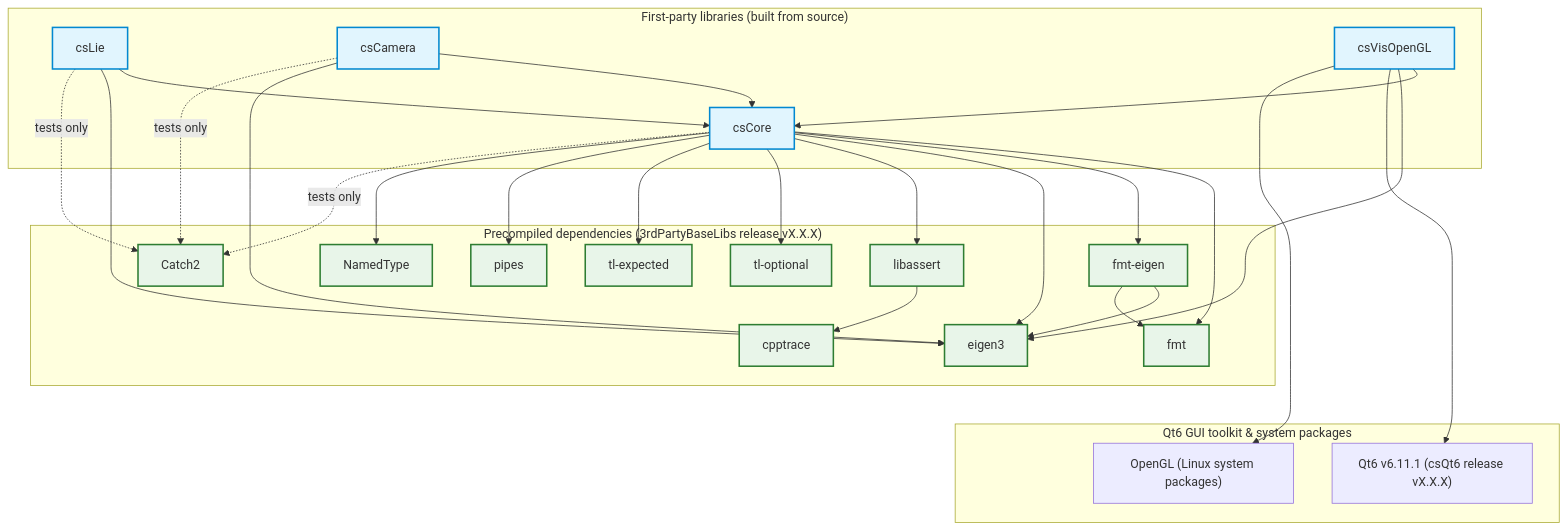
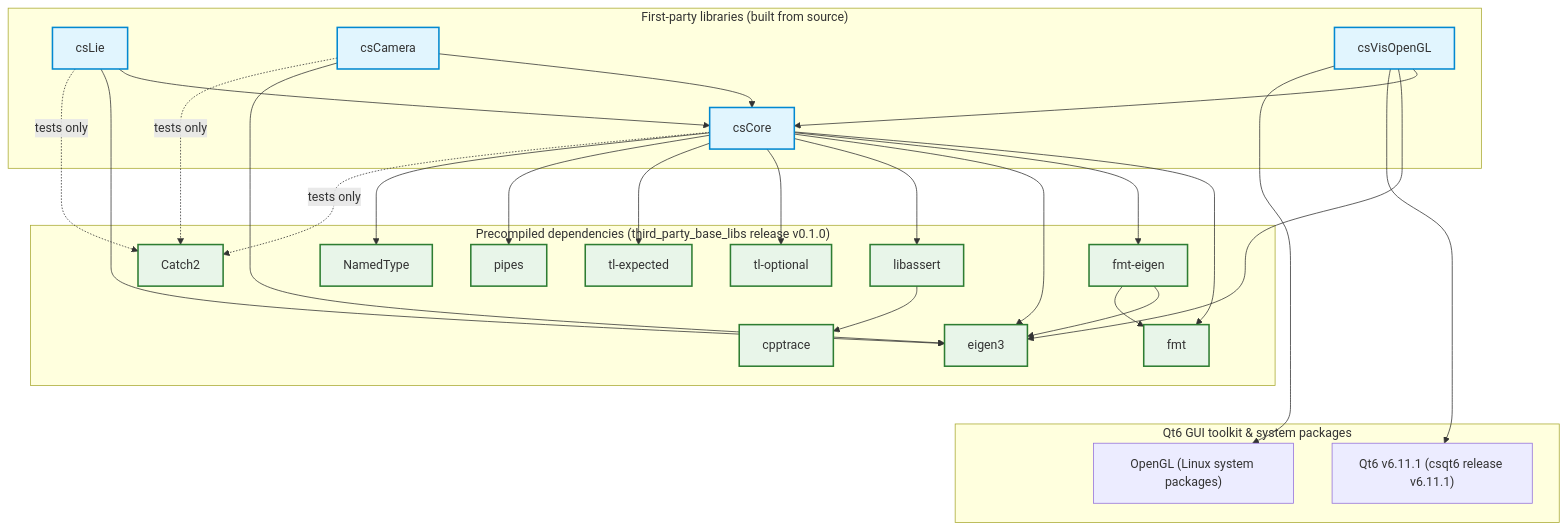
The diagram in README.md (cscosine/csBaseLibs), drawn with Mermaid before and after one commit. The commit also changed other lines of this file and 22 other files, not shown here.

````diff
--- a/README.md
+++ b/README.md
@@ -149,71 +150,71 @@
 ```mermaid
 %%{init: {"flowchart": {"curve": "basis"}} }%%
 graph TD
     %% Edge convention: A --> B  ⇒  "A depends on B"
     %% Solid arrow   = compile / link-time dependency
     %% Dotted arrow  = test-only dependency
 
     classDef consumer fill:#e1f5fe,stroke:#0288d1,stroke-width:2px;
     classDef leaf    fill:#e8f5e9,stroke:#2e7d32,stroke-width:2px;
 
     subgraph first_party["First-party libraries (built from source)"]
         csCore["csCore"]
         csLie["csLie"]
         csCamera["csCamera"]
         csVisOpenGL["csVisOpenGL"]
     end
 
-    subgraph precompiled["Precompiled dependencies (3rdPartyBaseLibs release vX.X.X)"]
+    subgraph precompiled["Precompiled dependencies (third_party_base_libs release v0.1.0)"]
         eigen3["eigen3"]
         fmt["fmt"]
         fmt_eigen["fmt-eigen"]
         libassert["libassert"]
         cpptrace["cpptrace"]
         pipes["pipes"]
         tl_optional["tl-optional"]
         tl_expected["tl-expected"]
         namedtype["NamedType"]
         catch2["Catch2"]
     end
 
     subgraph gui_system["Qt6 GUI toolkit & system packages"]
-        qt6["Qt6 v6.11.1 (csQt6 release vX.X.X)"]
+        qt6["Qt6 v6.11.1 (csqt6 release v6.11.1)"]
         opengl["OpenGL (Linux system packages)"]
     end
 
     csLie --> csCore
     csCamera --> csCore
     csVisOpenGL --> csCore
 
     csLie --> eigen3
     csCamera --> eigen3
     csVisOpenGL --> eigen3
 
     csVisOpenGL --> qt6
     csVisOpenGL --> opengl
 
     csCore --> fmt
     csCore --> fmt_eigen
     csCore --> eigen3
     csCore --> libassert
     csCore --> tl_optional
     csCore --> tl_expected
     csCore --> pipes
     csCore --> namedtype
 
     csCore   -. "tests only" .-> catch2
     csLie    -. "tests only" .-> catch2
     csCamera -. "tests only" .-> catch2
 
-    %% dependencies internal to the precompiled 3rdPartyBaseLibs package
-    %% (kept for completeness; see the 3rdPartyBaseLibs README for details)
+    %% dependencies internal to the precompiled third_party_base_libs package
+    %% (kept for completeness; see the third_party_base_libs README for details)
     fmt_eigen --> eigen3
     fmt_eigen --> fmt
     libassert --> cpptrace
 
     %% invisible links force each group onto its own row (strict vertical layout)
     first_party ~~~ precompiled ~~~ gui_system
 
     class csCore,csLie,csCamera,csVisOpenGL consumer;
     class eigen3,fmt,fmt_eigen,libassert,cpptrace,catch2,namedtype,pipes,tl_optional,tl_expected leaf;
 ```
````
